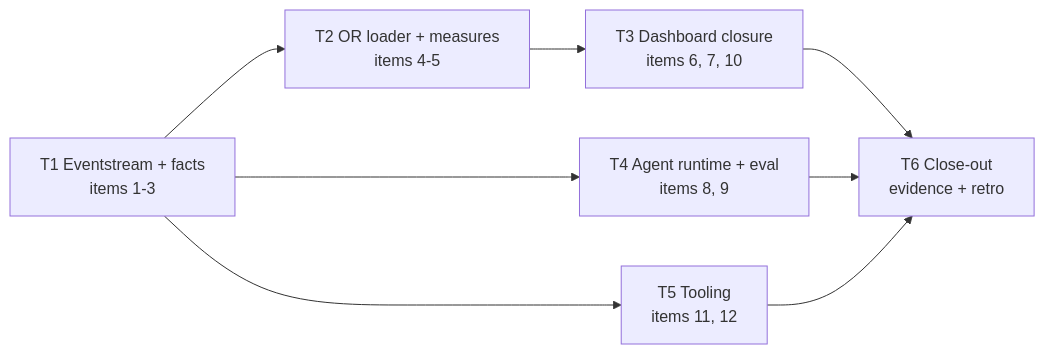
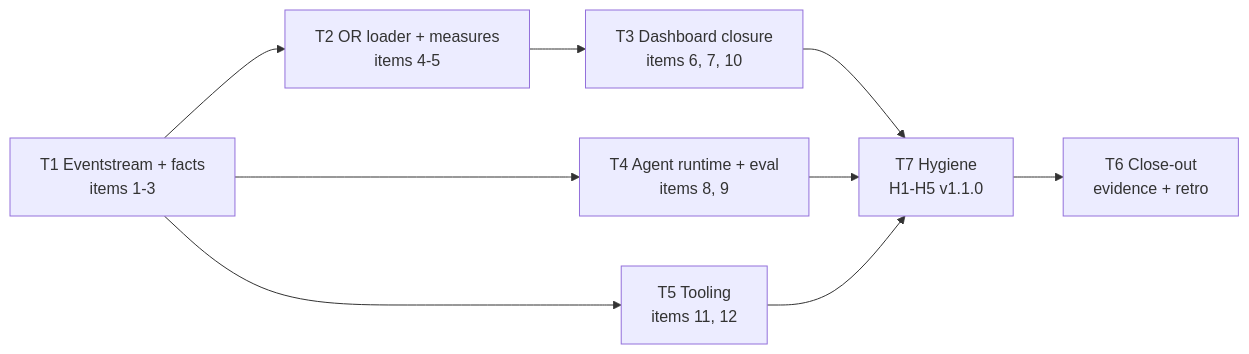
Before and after one commit to urruegg/SwissHospitalCapacityPlatform: the diagram in docs/sprints/sprint-10-e2e-pipeline-and-dashboard-completion.md, drawn with Mermaid. The commit also changed other lines of this file and 3 other files, not shown here.

````diff
--- a/docs/sprints/sprint-10-e2e-pipeline-and-dashboard-completion.md
+++ b/docs/sprints/sprint-10-e2e-pipeline-and-dashboard-completion.md
@@ -92,17 +93,19 @@
 ```mermaid
 flowchart LR
     T1[T1 Eventstream + facts<br/>items 1-3]
     T2[T2 OR loader + measures<br/>items 4-5]
     T3[T3 Dashboard closure<br/>items 6, 7, 10]
     T4[T4 Agent runtime + eval<br/>items 8, 9]
     T5[T5 Tooling<br/>items 11, 12]
+    T7[T7 Hygiene<br/>H1-H5 v1.1.0]
     T6[T6 Close-out<br/>evidence + retro]
 
     T1 --> T2
     T2 --> T3
     T1 --> T4
     T1 --> T5
-    T3 --> T6
-    T4 --> T6
-    T5 --> T6
+    T3 --> T7
+    T4 --> T7
+    T5 --> T7
+    T7 --> T6
 ```
````
